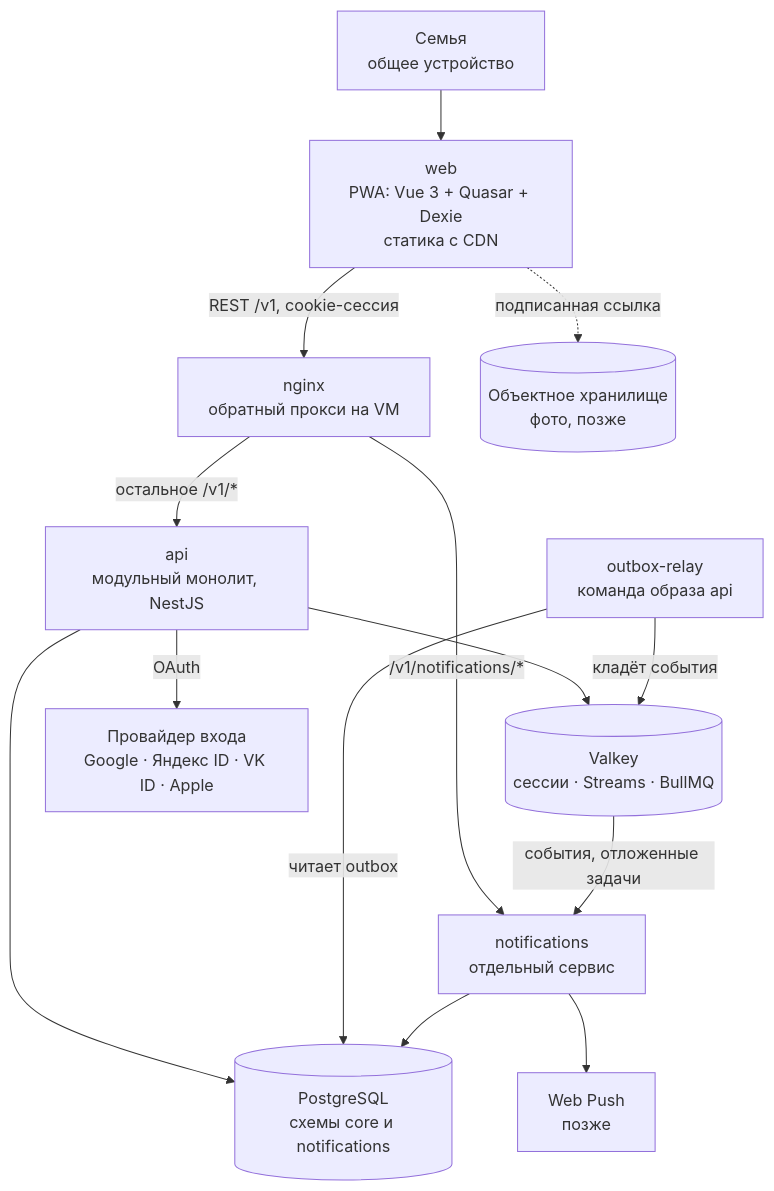
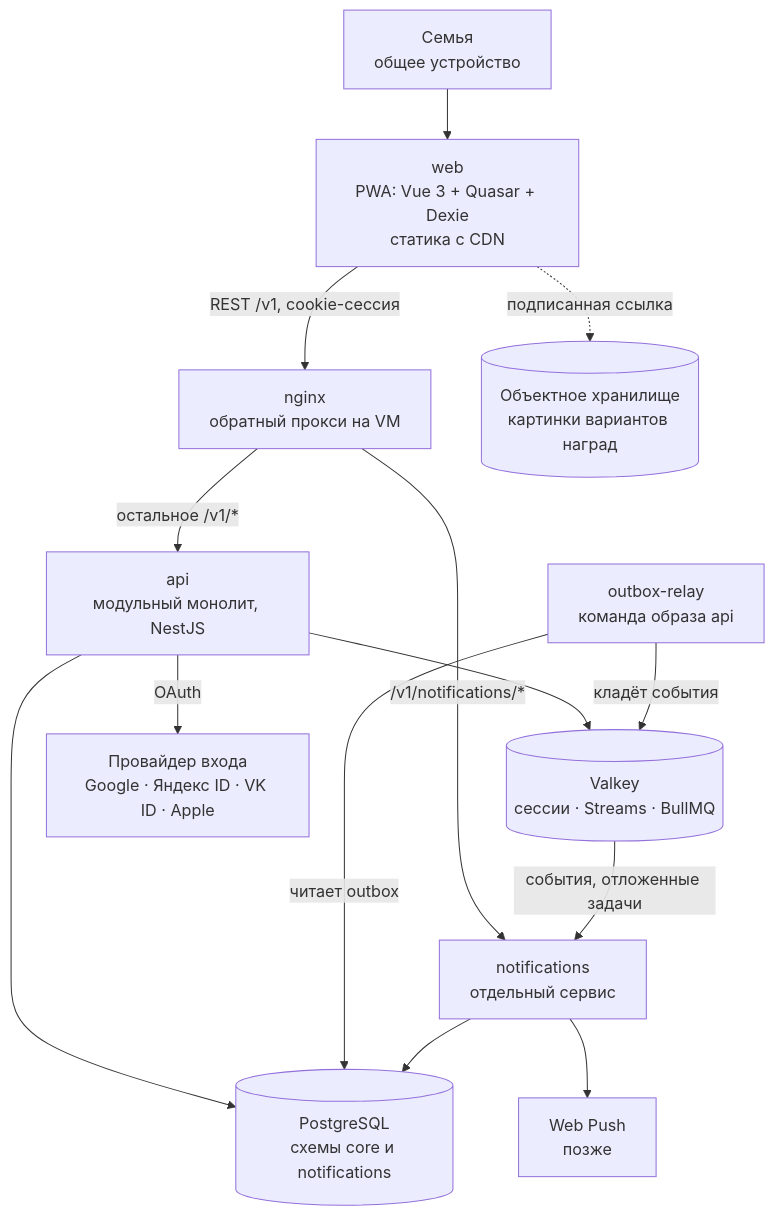
Before and after one commit to SiritosKon/kids-chores: the first of 2 diagrams in adr/001-monorepo.md, drawn with Mermaid. The commit also changed other lines of this file and 10 other files, not shown here.

````diff
--- a/adr/001-monorepo.md
+++ b/adr/001-monorepo.md
@@ -50,28 +50,28 @@
 ```mermaid
 flowchart TB
   family["Семья<br/>общее устройство"]
   web["web<br/>PWA: Vue 3 + Quasar + Dexie<br/>статика с CDN"]
   proxy["nginx<br/>обратный прокси на VM"]
   api["api<br/>модульный монолит, NestJS"]
   relay["outbox-relay<br/>команда образа api"]
   notify["notifications<br/>отдельный сервис"]
   db[("PostgreSQL<br/>схемы core и notifications")]
   kv[("Valkey<br/>сессии · Streams · BullMQ")]
-  s3[("Объектное хранилище<br/>фото, позже")]
+  s3[("Объектное хранилище<br/>картинки вариантов наград")]
   idp["Провайдер входа<br/>Google · Яндекс ID · VK ID · Apple"]
   push["Web Push<br/>позже"]
 
   family --> web
   web -->|"REST /v1, cookie-сессия"| proxy
   proxy -->|"/v1/notifications/*"| notify
   proxy -->|"остальное /v1/*"| api
   api --> db
   api --> kv
   api -->|OAuth| idp
   relay -->|читает outbox| db
   relay -->|кладёт события| kv
   kv -->|"события, отложенные задачи"| notify
   notify --> db
   notify --> push
   web -.->|подписанная ссылка| s3
 ```
````
